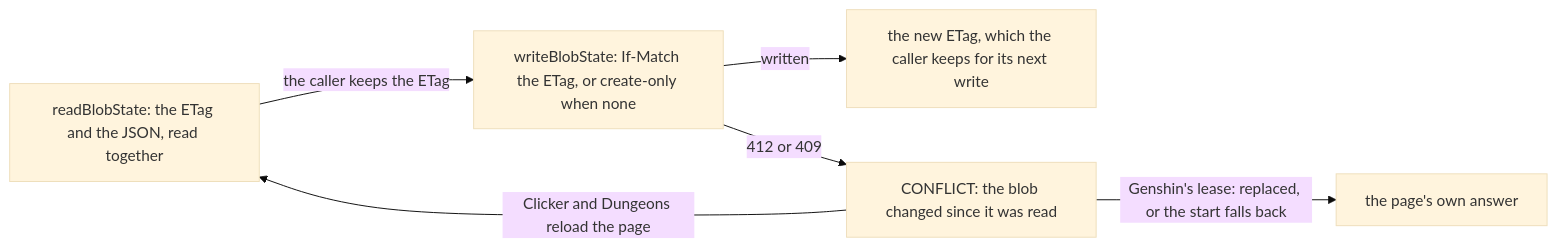
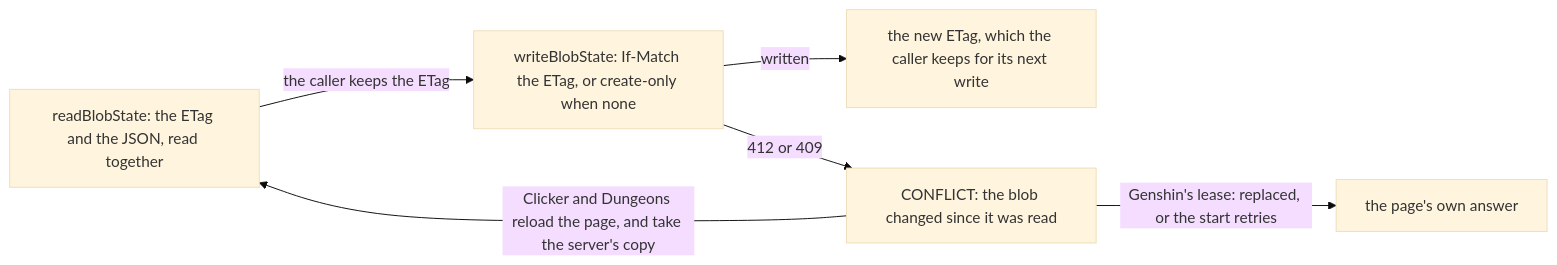
Before and after one commit to Esposter/Esposter: the third of 4 diagrams in apps/web/content/docs/genshin/save-data.md, drawn with Mermaid (base theme). The commit also changed other lines of this file and 1 other file, not shown here.

First line of the commit message:
docs(genshin): the save data page owns what the save holds and what it does not, the write budget and the start and save flows, and the storage quota records the Genshin save as uncounted by decision

````diff
--- a/apps/web/content/docs/genshin/save-data.md
+++ b/apps/web/content/docs/genshin/save-data.md
@@ -62,8 +69,8 @@
 ```mermaid
 flowchart LR
   RB["readBlobState: the ETag and the JSON, read together"] -->|"the caller keeps the ETag"| WB["writeBlobState: If-Match the ETag, or create-only when none"]
   WB -->|"written"| NE["the new ETag, which the caller keeps for its next write"]
   WB -->|"412 or 409"| CF["CONFLICT: the blob changed since it was read"]
-  CF -->|"Clicker and Dungeons reload the page"| RB
-  CF -->|"Genshin's lease: replaced, or the start falls back"| X["the page's own answer"]
+  CF -->|"Clicker and Dungeons reload the page, and take the server's copy"| RB
+  CF -->|"Genshin's lease: replaced, or the start retries"| X["the page's own answer"]
 ```
````
